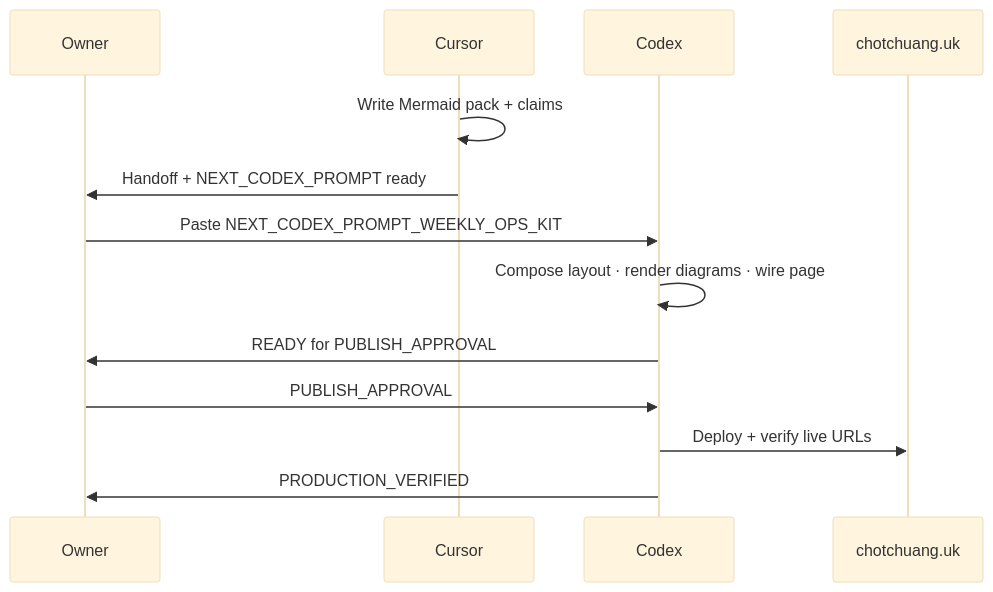
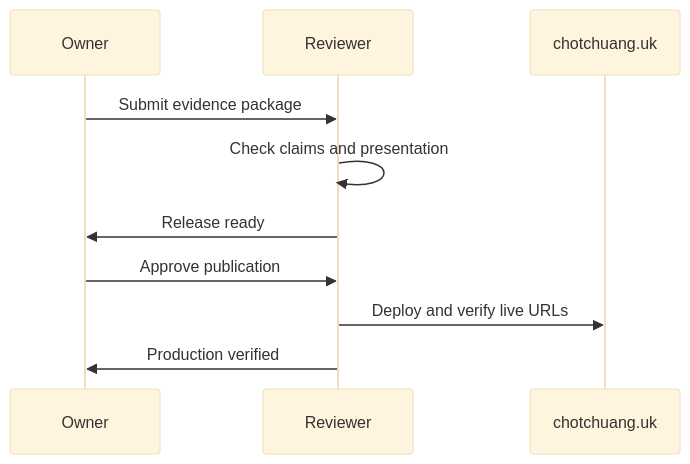
One commit to Chotchuang/chotchuang-portfolio changed the diagram in public/work/weekly-ops-kit/source/publish-handoff.mmd. Above: the diagram before and after it, drawn with Mermaid (base theme). The commit also changed 15 other files, not shown here.

```diff
--- a/public/work/weekly-ops-kit/source/publish-handoff.mmd
+++ b/public/work/weekly-ops-kit/source/publish-handoff.mmd
@@ -1,17 +1,14 @@
 %% Publish handoff
-%% Caption: Owner carries clipboard; Codex formats then deploys after approval.
+%% Caption: Evidence is reviewed before publication.
 %% Truth: process / governance
 sequenceDiagram
   participant O as Owner
-  participant Cu as Cursor
-  participant Co as Codex
+  participant R as Reviewer
   participant W as chotchuang.uk
 
-  Cu->>Cu: Write Mermaid pack + claims
-  Cu->>O: Handoff + NEXT_CODEX_PROMPT ready
-  O->>Co: Paste NEXT_CODEX_PROMPT_WEEKLY_OPS_KIT
-  Co->>Co: Compose layout · render diagrams · wire page
-  Co->>O: READY for PUBLISH_APPROVAL
-  O->>Co: PUBLISH_APPROVAL
-  Co->>W: Deploy + verify live URLs
-  Co->>O: PRODUCTION_VERIFIED
+  O->>R: Submit evidence package
+  R->>R: Check claims and presentation
+  R->>O: Release ready
+  O->>R: Approve publication
+  R->>W: Deploy and verify live URLs
+  R->>O: Production verified
```
